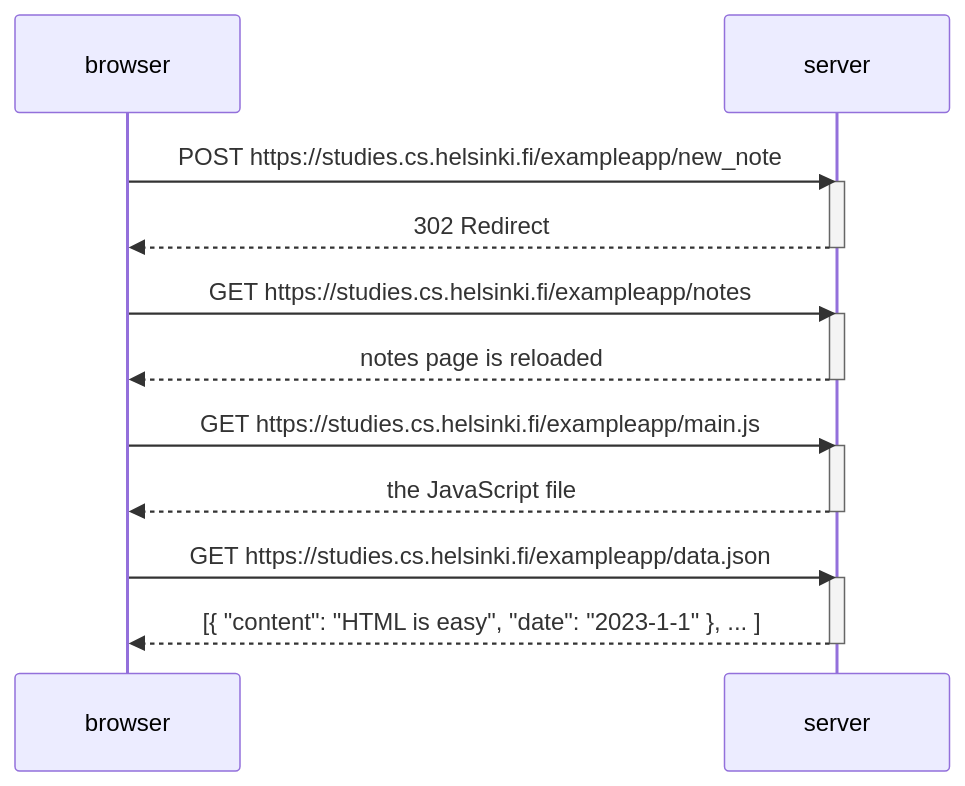
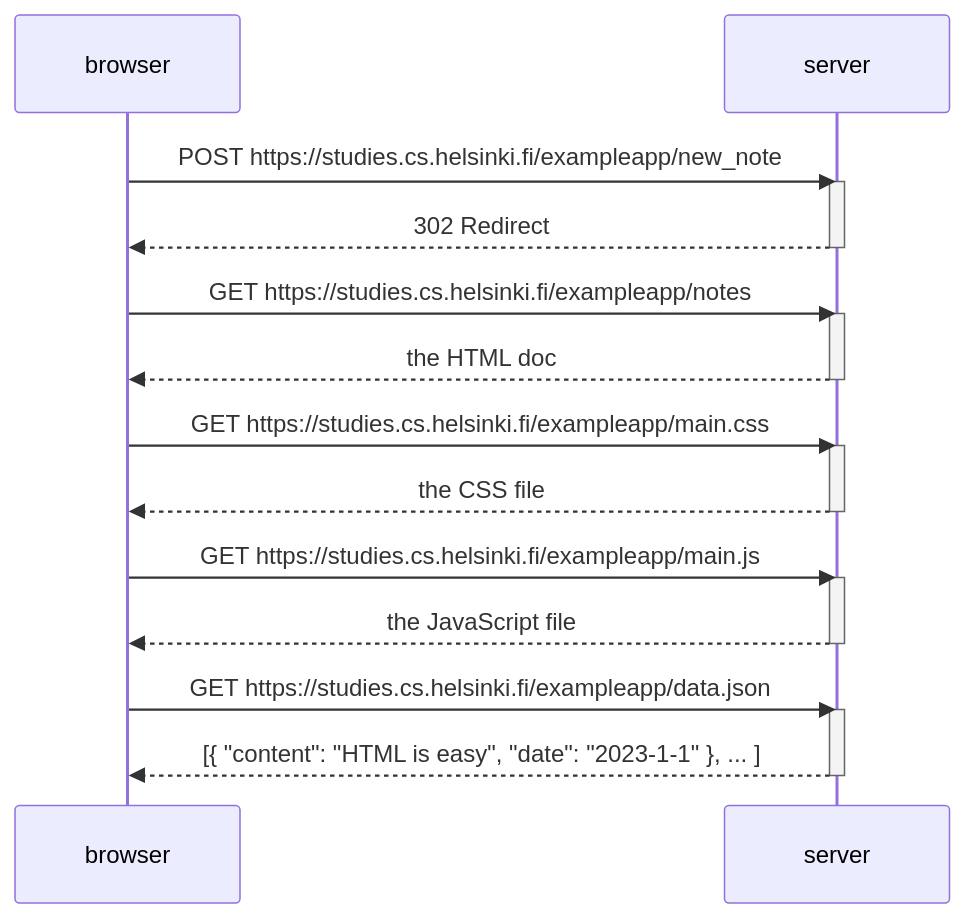
One commit to bry-val/fso changed the diagram in part0/0-4.md. Above: the diagram before and after it, drawn with Mermaid.

````diff
--- a/part0/0-4.md
+++ b/part0/0-4.md
@@ -1,25 +1,30 @@
 ```mermaid
 sequenceDiagram
     participant browser
     participant server
 
     browser->>server: POST https://studies.cs.helsinki.fi/exampleapp/new_note
     activate server
     server-->>browser: 302 Redirect
     deactivate server
 
     browser->>server: GET https://studies.cs.helsinki.fi/exampleapp/notes
     activate server
-    server-->>browser: notes page is reloaded
+    server-->>browser: the HTML doc
+    deactivate server
+
+    browser->>server: GET https://studies.cs.helsinki.fi/exampleapp/main.css
+    activate server
+    server-->>browser: the CSS file
     deactivate server
 
     browser->>server: GET https://studies.cs.helsinki.fi/exampleapp/main.js
     activate server
     server-->>browser: the JavaScript file
     deactivate server
 
     browser->>server: GET https://studies.cs.helsinki.fi/exampleapp/data.json
     activate server
     server-->>browser: [{ "content": "HTML is easy", "date": "2023-1-1" }, ... ]
     deactivate server
 ```
````
